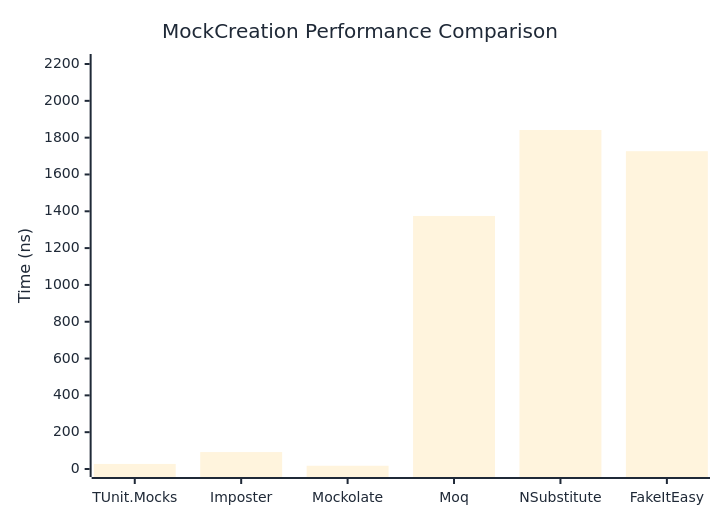
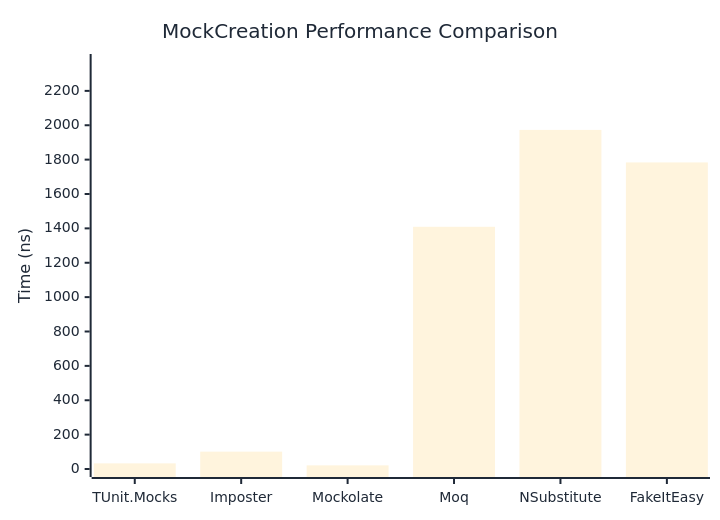
Before and after one commit to thomhurst/TUnit: the first of 2 diagrams in docs/docs/benchmarks/mocks/MockCreation.md, drawn with Mermaid. The commit also changed other lines of this file and 14 other files, not shown here.

````diff
--- a/docs/docs/benchmarks/mocks/MockCreation.md
+++ b/docs/docs/benchmarks/mocks/MockCreation.md
@@ -30,27 +30,27 @@
 ```mermaid
 %%{init: {
   'theme':'base',
   'themeVariables': {
     'primaryColor': '#2563eb',
     'primaryTextColor': '#1f2937',
     'primaryBorderColor': '#1e40af',
     'lineColor': '#6b7280',
     'secondaryColor': '#7c3aed',
     'tertiaryColor': '#dc2626',
     'background': '#ffffff',
     'pie1': '#2563eb',
     'pie2': '#7c3aed',
     'pie3': '#dc2626',
     'pie4': '#f59e0b',
     'pie5': '#10b981',
     'pie6': '#06b6d4',
     'pie7': '#ec4899',
     'pie8': '#6366f1'
   }
 }}%%
 xychart-beta
   title "MockCreation Performance Comparison"
   x-axis ["TUnit.Mocks", "Imposter", "Mockolate", "Moq", "NSubstitute", "FakeItEasy"]
-  y-axis "Time (ns)" 0 --> 2211
-  bar [27.46, 92, 17.65, 1374.57, 1841.72, 1726.45]
+  y-axis "Time (ns)" 0 --> 2368
+  bar [32.88, 100.99, 21.26, 1409.16, 1972.85, 1783.73]
 ```
````
